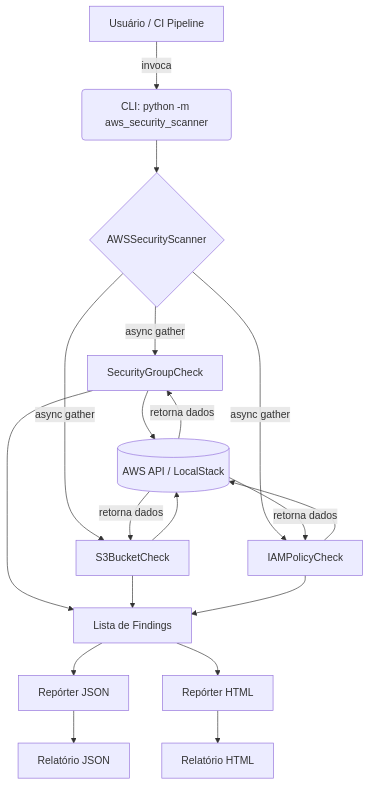
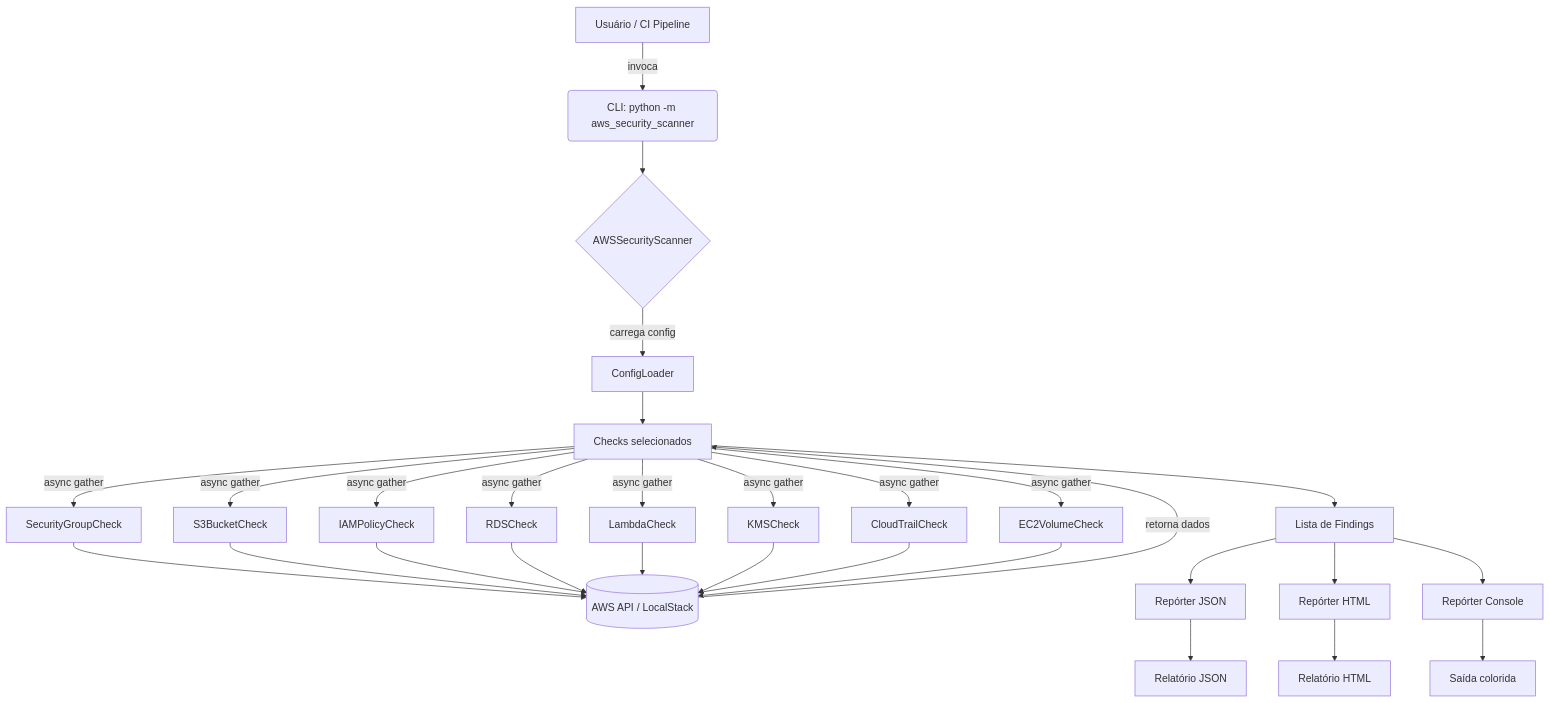
One commit to kauand3v/aws-security-scanner changed the first of 4 diagrams in README.md. Above: the diagram before and after it, drawn with Mermaid. The commit also changed other lines of this file and 1 other file, not shown here.

````diff
--- a/README.md
+++ b/README.md
@@ -73,21 +81,31 @@
 ```mermaid
 graph TD
     A[Usuário / CI Pipeline] -->|invoca| B(CLI: python -m aws_security_scanner)
     B --> C{AWSSecurityScanner}
-    C -->|async gather| D[SecurityGroupCheck]
-    C -->|async gather| E[S3BucketCheck]
-    C -->|async gather| F[IAMPolicyCheck]
-    D --> G[(AWS API / LocalStack)]
-    E --> G
-    F --> G
-    G -->|retorna dados| D
-    G -->|retorna dados| E
-    G -->|retorna dados| F
-    D --> H[Lista de Findings]
-    E --> H
-    F --> H
-    H --> I[Repórter JSON]
-    H --> J[Repórter HTML]
-    I --> K[Relatório JSON]
-    J --> L[Relatório HTML]
+    C -->|carrega config| D[ConfigLoader]
+    D --> E[Checks selecionados]
+    E -->|async gather| F[SecurityGroupCheck]
+    E -->|async gather| G[S3BucketCheck]
+    E -->|async gather| H[IAMPolicyCheck]
+    E -->|async gather| I[RDSCheck]
+    E -->|async gather| J[LambdaCheck]
+    E -->|async gather| K[KMSCheck]
+    E -->|async gather| L[CloudTrailCheck]
+    E -->|async gather| M[EC2VolumeCheck]
+    F --> N[(AWS API / LocalStack)]
+    G --> N
+    H --> N
+    I --> N
+    J --> N
+    K --> N
+    L --> N
+    M --> N
+    N -->|retorna dados| E
+    E --> O[Lista de Findings]
+    O --> P[Repórter JSON]
+    O --> Q[Repórter HTML]
+    O --> R[Repórter Console]
+    P --> S[Relatório JSON]
+    Q --> T[Relatório HTML]
+    R --> U[Saída colorida]
 ```
````
